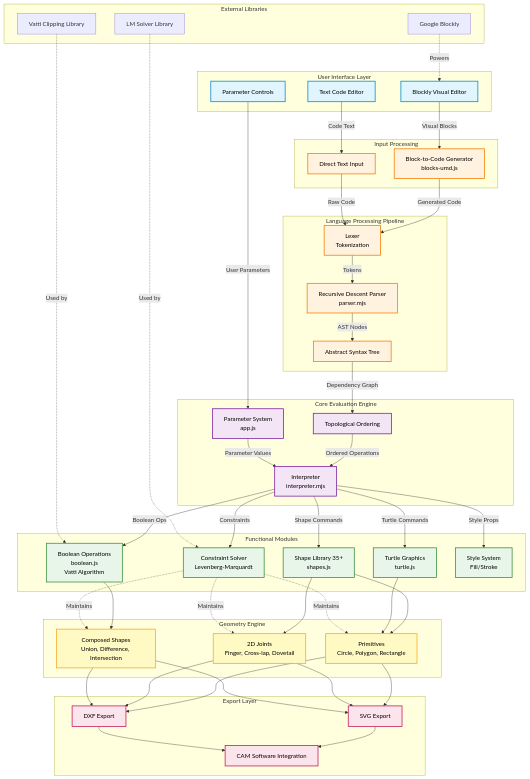
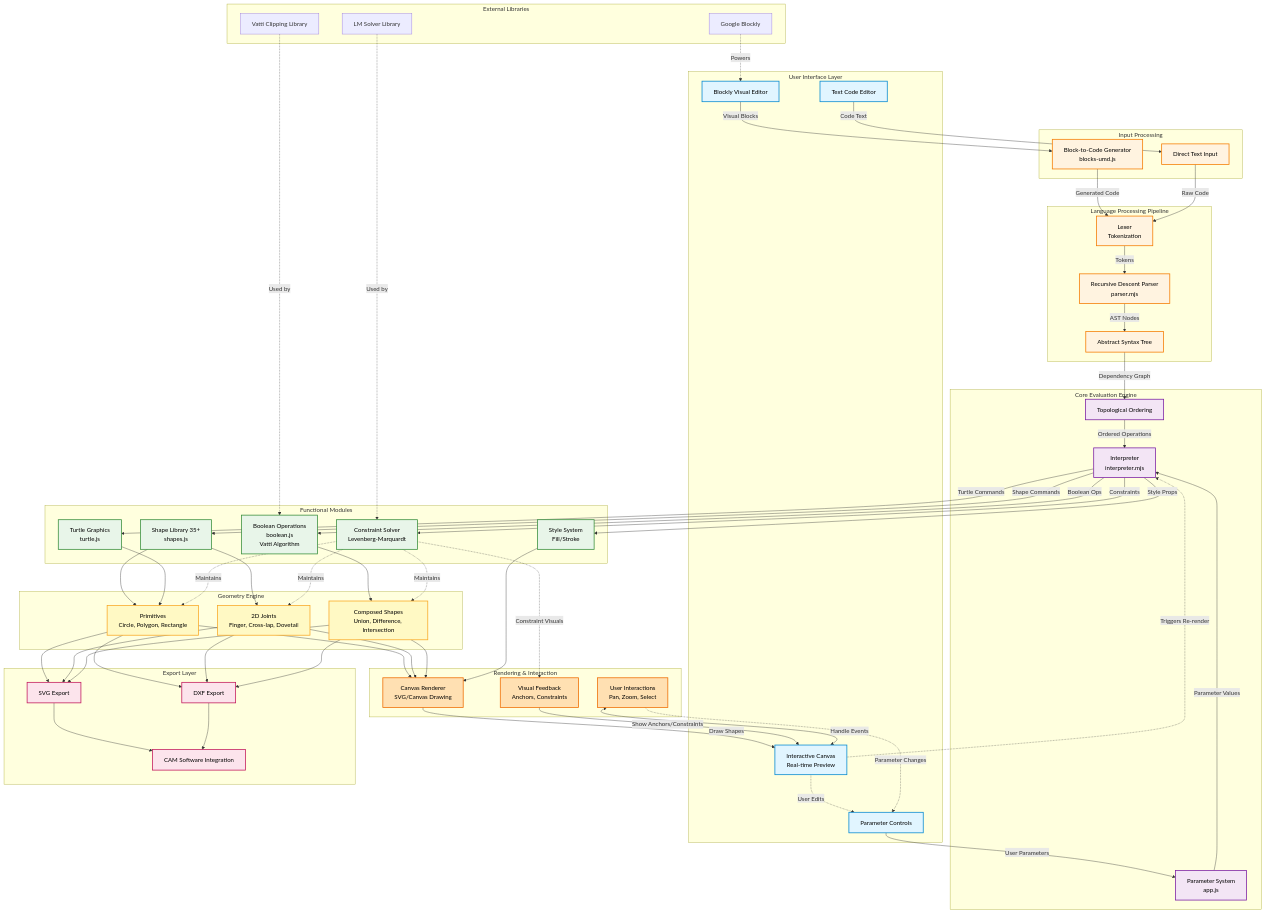
The diagram in README.md (HisarCS/Otto), drawn with Mermaid before and after one commit.

````diff
--- a/README.md
+++ b/README.md
@@ -25,6 +25,7 @@
         BlockUI[Blockly Visual Editor]
         TextUI[Text Code Editor]
         ParamUI[Parameter Controls]
+        Canvas[Interactive Canvas<br/>Real-time Preview]
     end
 
     subgraph Input["Input Processing"]
@@ -58,6 +59,12 @@
         Composed[Composed Shapes<br/>Union, Difference, Intersection]
     end
 
+    subgraph Render["Rendering & Interaction"]
+        Renderer[Canvas Renderer<br/>SVG/Canvas Drawing]
+        Interaction[User Interactions<br/>Pan, Zoom, Select]
+        Feedback[Visual Feedback<br/>Anchors, Constraints]
+    end
+
     subgraph Export["Export Layer"]
         SVG[SVG Export]
         DXF[DXF Export]
@@ -70,32 +77,22 @@
         LMSolver[LM Solver Library]
     end
 
-    %% UI to Input
     BlockUI -->|Visual Blocks| BlockGen
     TextUI -->|Code Text| TextInput
     ParamUI -->|User Parameters| ParamSys
-
-    %% Input to Pipeline
+    Canvas -.->|User Edits| ParamUI
     BlockGen -->|Generated Code| Lexer
     TextInput -->|Raw Code| Lexer
-
-    %% Pipeline Flow
     Lexer -->|Tokens| Parser
     Parser -->|AST Nodes| AST
     AST -->|Dependency Graph| Topo
-
-    %% Core Processing
     Topo -->|Ordered Operations| Interp
     ParamSys -->|Parameter Values| Interp
-
-    %% Interpreter to Modules
     Interp -->|Shape Commands| ShapeLib
     Interp -->|Turtle Commands| TurtleSys
     Interp -->|Boolean Ops| BoolOps
     Interp -->|Constraints| ConstraintSys
     Interp -->|Style Props| StyleSys
-
-    %% Modules to Geometry
     ShapeLib --> Primitives
     ShapeLib --> Joints
     TurtleSys --> Primitives
@@ -103,36 +100,41 @@
     ConstraintSys -.->|Maintains| Primitives
     ConstraintSys -.->|Maintains| Joints
     ConstraintSys -.->|Maintains| Composed
-
-    %% Geometry to Export
+    Primitives --> Renderer
+    Joints --> Renderer
+    Composed --> Renderer
+    StyleSys --> Renderer
+    Renderer -->|Draw Shapes| Canvas
+    Feedback -->|Show Anchors/Constraints| Canvas
+    Interaction <-->|Handle Events| Canvas
+    ConstraintSys -.->|Constraint Visuals| Feedback
+    Interaction -.->|Parameter Changes| ParamUI
+    Canvas -.->|Triggers Re-render| Interp
     Primitives --> SVG
     Joints --> SVG
     Composed --> SVG
     Primitives --> DXF
     Joints --> DXF
     Composed --> DXF
-
-    %% Export to External
     SVG --> CAM
     DXF --> CAM
-
-    %% External Dependencies
     Blockly -.->|Powers| BlockUI
     VattiLib -.->|Used by| BoolOps
     LMSolver -.->|Used by| ConstraintSys
 
-    %% Styling
     classDef uiLayer fill:#e1f5ff,stroke:#0288d1,stroke-width:2px,color:#000
     classDef processLayer fill:#fff3e0,stroke:#f57c00,stroke-width:2px,color:#000
     classDef coreLayer fill:#f3e5f5,stroke:#7b1fa2,stroke-width:2px,color:#000
     classDef moduleLayer fill:#e8f5e9,stroke:#388e3c,stroke-width:2px,color:#000
     classDef geometryLayer fill:#fff9c4,stroke:#f9a825,stroke-width:2px,color:#000
+    classDef renderLayer fill:#ffe0b2,stroke:#ef6c00,stroke-width:2px,color:#000
     classDef exportLayer fill:#fce4ec,stroke:#c2185b,stroke-width:2px,color:#000
 
-    class BlockUI,TextUI,ParamUI uiLayer
+    class BlockUI,TextUI,ParamUI,Canvas uiLayer
     class BlockGen,TextInput,Lexer,Parser,AST processLayer
     class Topo,Interp,ParamSys coreLayer
     class ShapeLib,TurtleSys,BoolOps,ConstraintSys,StyleSys moduleLayer
     class Primitives,Joints,Composed geometryLayer
+    class Renderer,Interaction,Feedback renderLayer
     class SVG,DXF,CAM exportLayer
 ```
````
